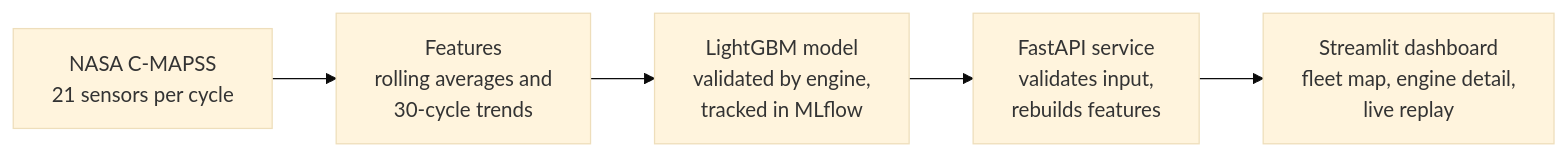
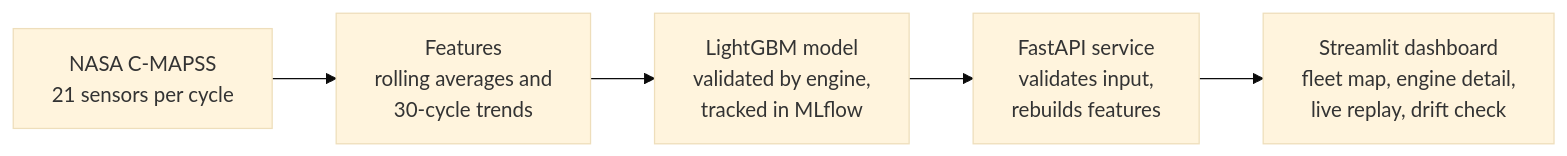
Before and after one commit to azizdaim/predictive-maintenance-rul: the diagram in README.md, drawn with Mermaid (base theme). The commit also changed other lines of this file and 19 other files, not shown here.

First line of the commit message:
feat: add a drift check that compares new fleets with the training engines

````diff
--- a/README.md
+++ b/README.md
@@ -29,7 +32,7 @@
 ```mermaid
 flowchart LR
     A["NASA C-MAPSS<br/>21 sensors per cycle"] --> B["Features<br/>rolling averages and<br/>30-cycle trends"]
     B --> C["LightGBM model<br/>validated by engine,<br/>tracked in MLflow"]
     C --> D["FastAPI service<br/>validates input,<br/>rebuilds features"]
-    D --> E["Streamlit dashboard<br/>fleet map, engine detail,<br/>live replay"]
+    D --> E["Streamlit dashboard<br/>fleet map, engine detail,<br/>live replay, drift check"]
 ```
````
